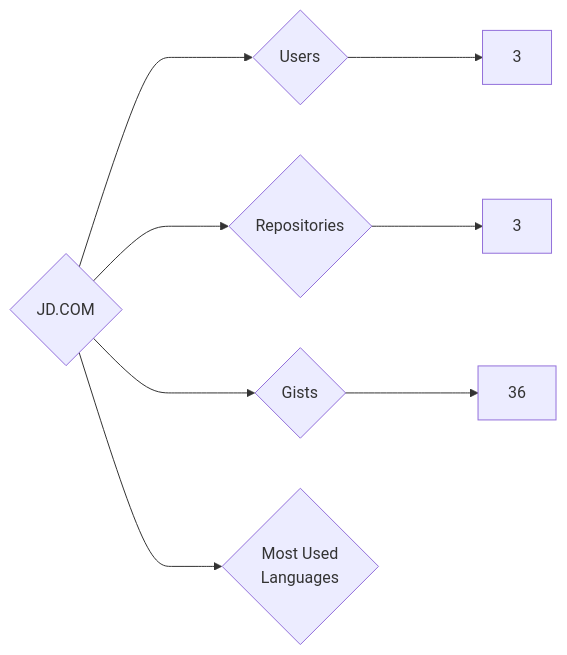
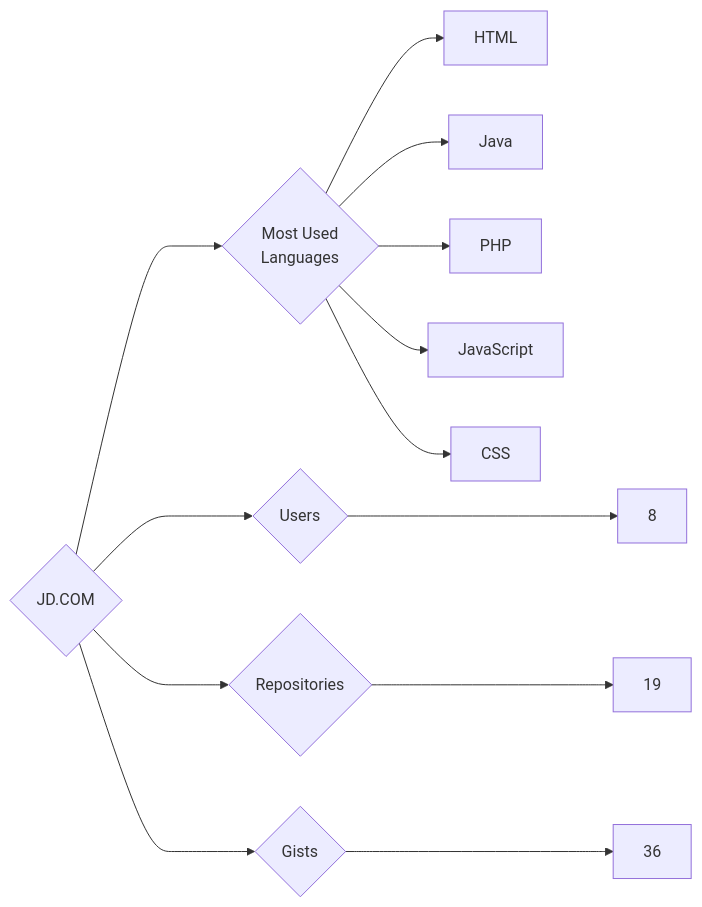
Before and after one commit to trickest/insiders: the diagram in targets/JD.COM/README.md, drawn with Mermaid. The commit also changed 714 other files, not shown here.

````diff
--- a/targets/JD.COM/README.md
+++ b/targets/JD.COM/README.md
@@ -3,8 +3,13 @@
 ```mermaid
 graph LR
 COMPANY_NAME{JD.COM}
-COMPANY_NAME ---> U{Users} ---> UN[3]
-COMPANY_NAME ---> R{Repositories} ---> RN[3]
+COMPANY_NAME ---> U{Users} ---> UN[8]
+COMPANY_NAME ---> R{Repositories} ---> RN[19]
 COMPANY_NAME ---> G{Gists} ---> GN[36]
 COMPANY_NAME ---> ML{Most Used<br>Languages}
+ML --> HTML[HTML]
+ML --> Java[Java]
+ML --> PHP[PHP]
+ML --> JavaScript[JavaScript]
+ML --> CSS[CSS]
 ```
````
